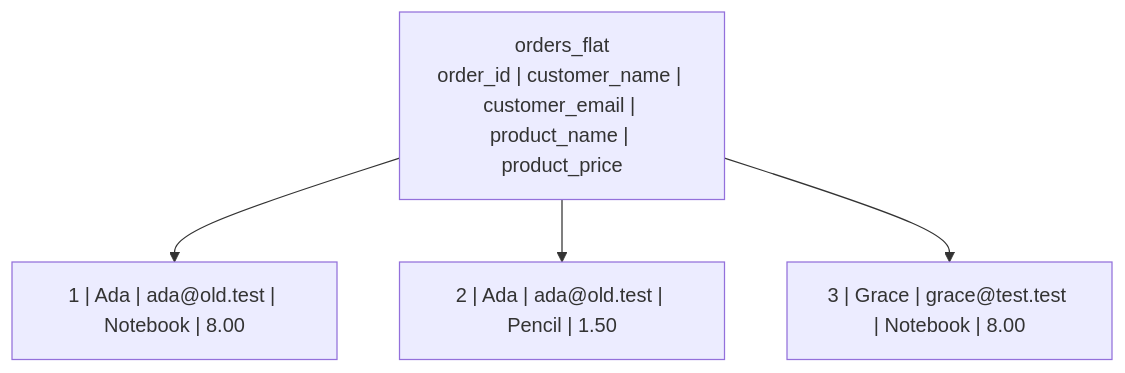
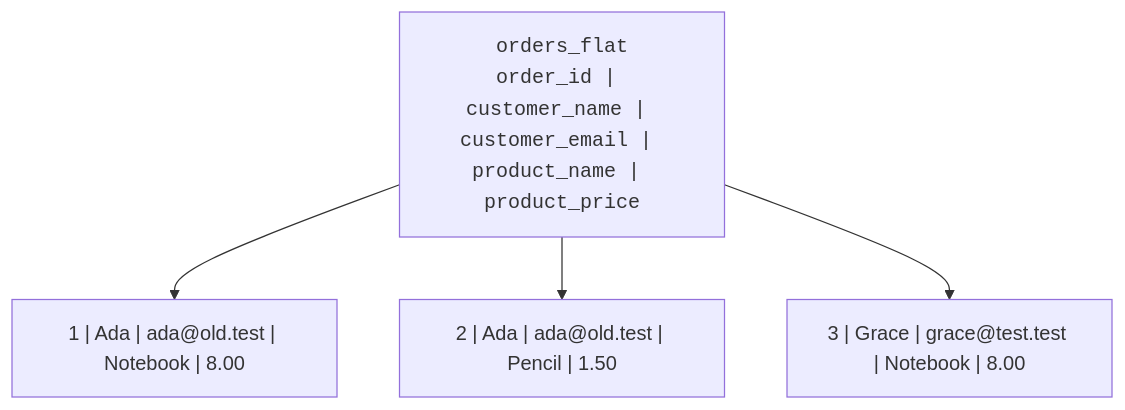
The first of 5 diagrams in content/learn/database-design-postgresql/why-normalization.mdx (dataslope/dataslope), drawn with Mermaid before and after one commit. The commit also changed 153 other files, not shown here.

First line of the commit message:
Render code-only mermaid shapes in monospace; convert step sequences to Steps

````diff
--- a/content/learn/database-design-postgresql/why-normalization.mdx
+++ b/content/learn/database-design-postgresql/why-normalization.mdx
@@ -18,7 +18,7 @@
 ```mermaid
 flowchart TB
-    T["orders_flat<br/>order_id | customer_name | customer_email | product_name | product_price"]
+    T["<code>orders_flat<br/>order_id | customer_name | customer_email | product_name | product_price</code>"]
     T --> R1["1 | Ada | ada@old.test | Notebook | 8.00"]
     T --> R2["2 | Ada | ada@old.test | Pencil | 1.50"]
     T --> R3["3 | Grace | grace@test.test | Notebook | 8.00"]
 ```
````
